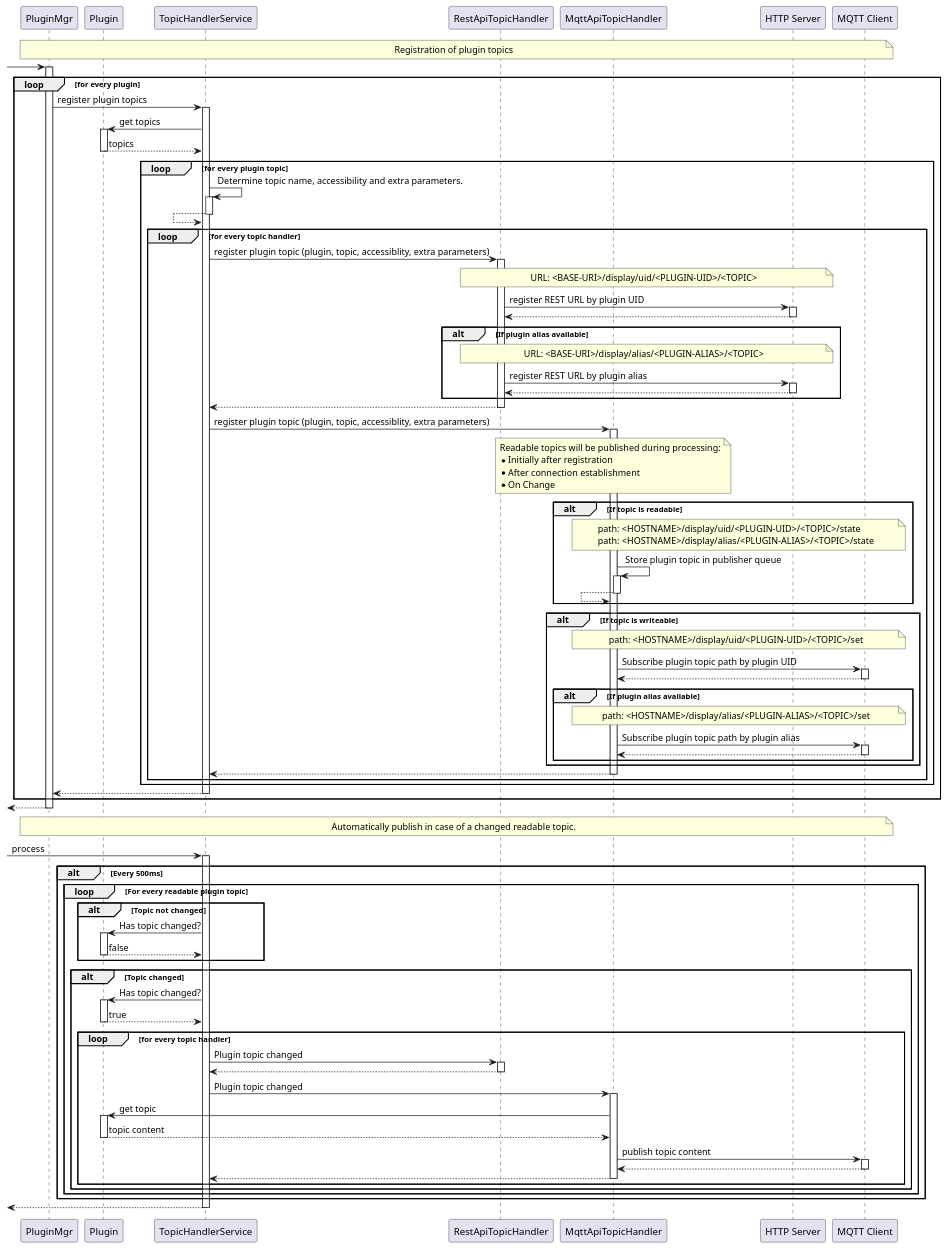
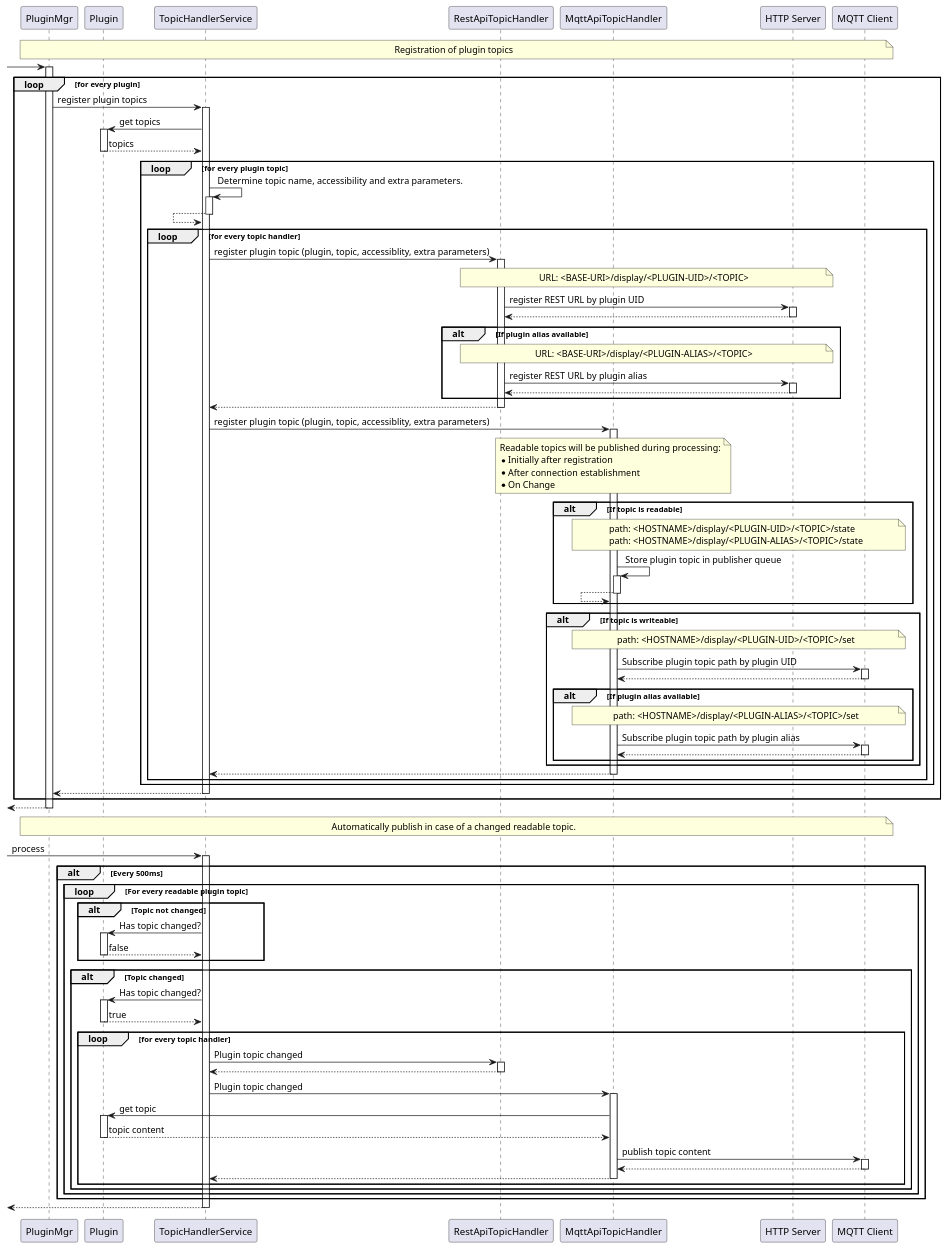
One commit to BlueAndi/Pixelix changed the diagram in doc/architecture/uml/topic_handler_service.wsd. Above: the diagram before and after it, drawn with PlantUML. The commit also changed 32 other files, not shown here.

Commit message:
TopicHandler's made independent from the plugin interface. This is necessary to provide topics which are plugin independent. #132

```diff
--- a/doc/architecture/uml/topic_handler_service.wsd
+++ b/doc/architecture/uml/topic_handler_service.wsd
@@ -1,153 +1,153 @@
 @startuml
 
 
 participant "PluginMgr" as pluginMgr
 participant "Plugin" as plugin
 participant "TopicHandlerService" as topicHandlerService
 participant "RestApiTopicHandler" as restApiTopicHandler
 participant "MqttApiTopicHandler" as mqttApiTopicHandler
 participant "HTTP Server" as httpServer
 participant "MQTT Client" as mqttClient
 
 autoactivate on
 
 note over pluginMgr,mqttClient
     Registration of plugin topics
 end note
 
 -> pluginMgr
 
 loop for every plugin
     pluginMgr -> topicHandlerService: register plugin topics
 
         topicHandlerService -> plugin: get topics
         topicHandlerService <-- plugin: topics
 
         loop for every plugin topic
 
             topicHandlerService -> topicHandlerService: Determine topic name, accessibility and extra parameters.
             topicHandlerService <-- topicHandlerService
 
             loop for every topic handler
 
                 topicHandlerService -> restApiTopicHandler: register plugin topic (plugin, topic, accessiblity, extra parameters)
 
                     note over restApiTopicHandler,httpServer
-                        URL: <BASE-URI>/display/uid/<PLUGIN-UID>/<TOPIC>
+                        URL: <BASE-URI>/display/<PLUGIN-UID>/<TOPIC>
                     end note
 
                     restApiTopicHandler -> httpServer: register REST URL by plugin UID
                     restApiTopicHandler <-- httpServer
 
                     alt If plugin alias available
 
                         note over restApiTopicHandler,httpServer
-                            URL: <BASE-URI>/display/alias/<PLUGIN-ALIAS>/<TOPIC>
+                            URL: <BASE-URI>/display/<PLUGIN-ALIAS>/<TOPIC>
                         end note
 
                         restApiTopicHandler -> httpServer: register REST URL by plugin alias
                         restApiTopicHandler <-- httpServer
 
                     end alt
 
                 topicHandlerService <-- restApiTopicHandler
 
                 topicHandlerService -> mqttApiTopicHandler: register plugin topic (plugin, topic, accessiblity, extra parameters)
 
                     note over mqttApiTopicHandler
                         Readable topics will be published during processing:
                         * Initially after registration
                         * After connection establishment
                         * On Change
                     end note
 
                     alt If topic is readable
 
                         note over mqttApiTopicHandler,mqttClient
-                            path: <HOSTNAME>/display/uid/<PLUGIN-UID>/<TOPIC>/state
-                            path: <HOSTNAME>/display/alias/<PLUGIN-ALIAS>/<TOPIC>/state
+                            path: <HOSTNAME>/display/<PLUGIN-UID>/<TOPIC>/state
+                            path: <HOSTNAME>/display/<PLUGIN-ALIAS>/<TOPIC>/state
                         end note
 
                         mqttApiTopicHandler -> mqttApiTopicHandler: Store plugin topic in publisher queue
                         mqttApiTopicHandler <-- mqttApiTopicHandler
 
                     end alt
 
                     alt If topic is writeable
 
                         note over mqttApiTopicHandler,mqttClient
-                            path: <HOSTNAME>/display/uid/<PLUGIN-UID>/<TOPIC>/set
+                            path: <HOSTNAME>/display/<PLUGIN-UID>/<TOPIC>/set
                         end note
 
                         mqttApiTopicHandler -> mqttClient: Subscribe plugin topic path by plugin UID
                         mqttApiTopicHandler <-- mqttClient
 
                         alt If plugin alias available
 
                             note over mqttApiTopicHandler,mqttClient
-                                path: <HOSTNAME>/display/alias/<PLUGIN-ALIAS>/<TOPIC>/set
+                                path: <HOSTNAME>/display/<PLUGIN-ALIAS>/<TOPIC>/set
                             end note
 
                             mqttApiTopicHandler -> mqttClient: Subscribe plugin topic path by plugin alias
                             mqttApiTopicHandler <-- mqttClient
 
                         end alt
 
                     end alt
 
                 topicHandlerService <-- mqttApiTopicHandler
 
             end loop
 
         end loop
 
     pluginMgr <-- topicHandlerService
 end loop
 
 <-- pluginMgr
 
 note over pluginMgr,mqttClient
     Automatically publish in case of a changed readable topic.
 end note
 
 -> topicHandlerService: process
 
     alt Every 500ms
 
         loop For every readable plugin topic
 
             alt Topic not changed
                 topicHandlerService -> plugin: Has topic changed?
                 topicHandlerService <-- plugin: false
             end alt
 
             alt Topic changed
                 topicHandlerService -> plugin: Has topic changed?
                 topicHandlerService <-- plugin: true
 
                 loop for every topic handler
 
                     topicHandlerService -> restApiTopicHandler: Plugin topic changed
                     topicHandlerService <-- restApiTopicHandler
 
                     topicHandlerService -> mqttApiTopicHandler: Plugin topic changed
 
                         mqttApiTopicHandler -> plugin: get topic
                         mqttApiTopicHandler <-- plugin: topic content
 
                         mqttApiTopicHandler -> mqttClient: publish topic content
                         mqttApiTopicHandler <-- mqttClient
 
                     topicHandlerService <-- mqttApiTopicHandler
 
                 end loop
 
             end alt
 
         end loop
 
     end alt
 
 <-- topicHandlerService
 
 @enduml
```
